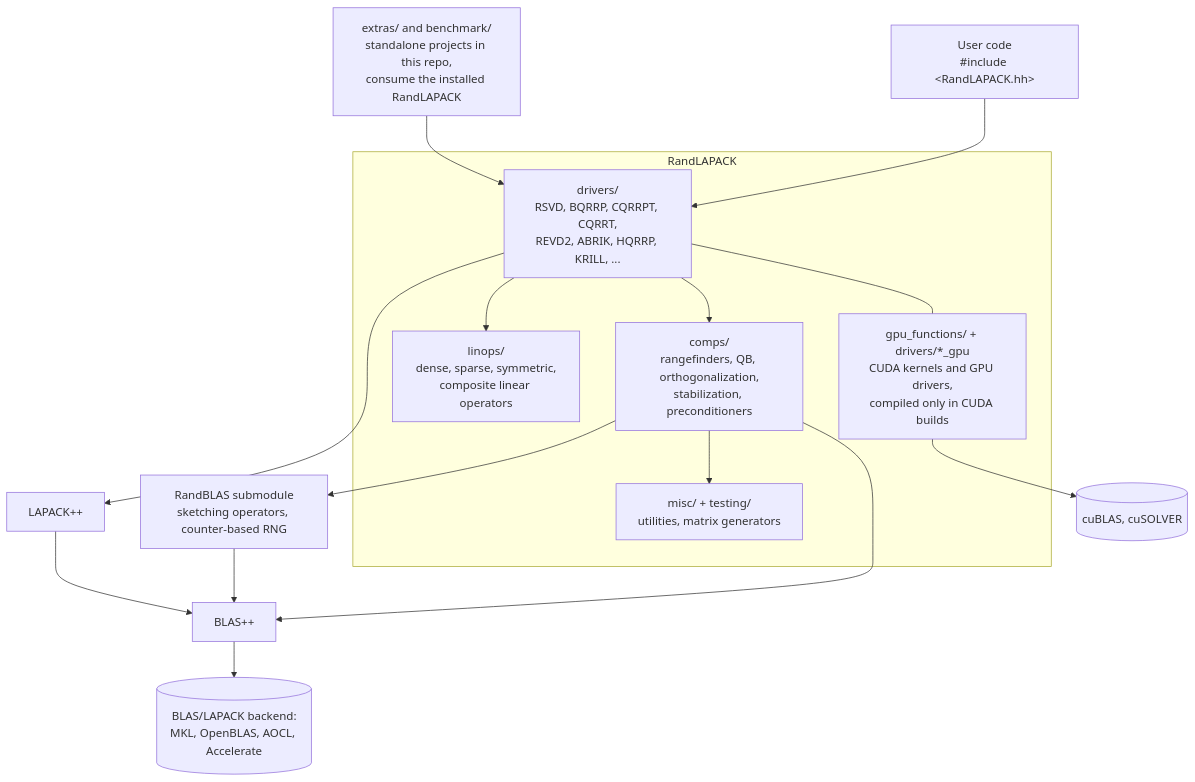
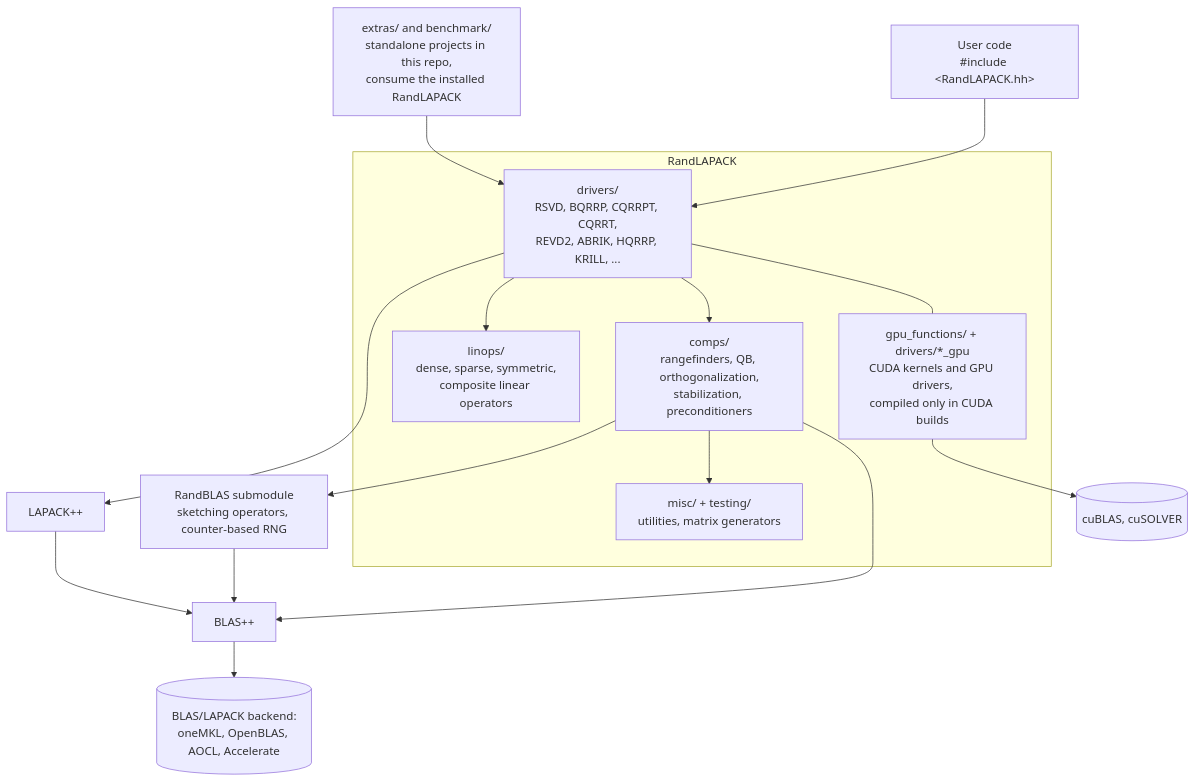
One commit to BallisticLA/RandLAPACK changed the diagram in docs/ARCHITECTURE.md. Above: the diagram before and after it, drawn with Mermaid. The commit also changed other lines of this file, not shown here.

Commit message:
Docs: ARCHITECTURE.md names the backend oneMKL

````diff
--- a/docs/ARCHITECTURE.md
+++ b/docs/ARCHITECTURE.md
@@ -25,23 +26,23 @@
 ```mermaid
 flowchart TD
     U[User code<br/>#include &lt;RandLAPACK.hh&gt;] --> D
     X[extras/ and benchmark/<br/>standalone projects in this repo,<br/>consume the installed RandLAPACK] --> D
     subgraph RandLAPACK
         D[drivers/<br/>RSVD, BQRRP, CQRRPT, CQRRT,<br/>REVD2, ABRIK, HQRRP, KRILL, ...]
         C[comps/<br/>rangefinders, QB, orthogonalization,<br/>stabilization, preconditioners]
         L[linops/<br/>dense, sparse, symmetric,<br/>composite linear operators]
         M[misc/ + testing/<br/>utilities, matrix generators]
         GPU[gpu_functions/ + drivers/*_gpu<br/>CUDA kernels and GPU drivers,<br/>compiled only in CUDA builds]
         D --> C
         D --> L
         C --> M
         D --- GPU
     end
     C --> RB[RandBLAS submodule<br/>sketching operators, counter-based RNG]
     D --> LPP[LAPACK++]
     C --> BPP[BLAS++]
     RB --> BPP
     LPP --> BPP
-    BPP --> BLAS[(BLAS/LAPACK backend:<br/>MKL, OpenBLAS, AOCL, Accelerate)]
+    BPP --> BLAS[(BLAS/LAPACK backend:<br/>oneMKL, OpenBLAS, AOCL, Accelerate)]
     GPU --> CUDALIBS[(cuBLAS, cuSOLVER)]
 ```
````
